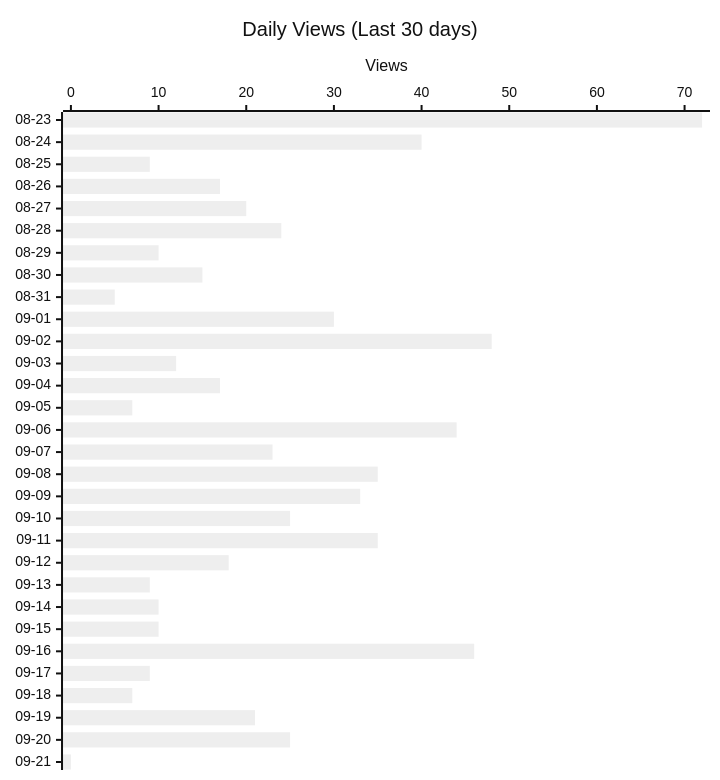
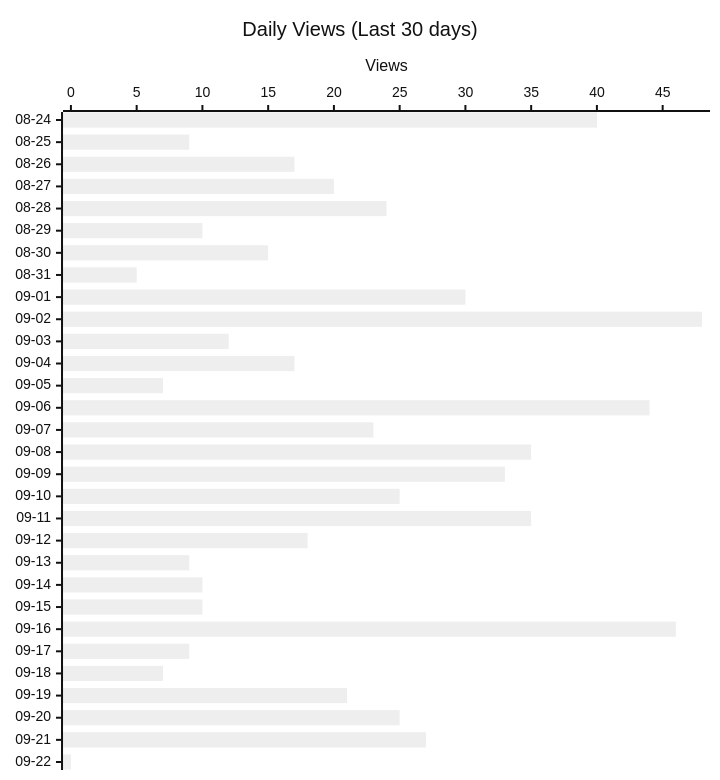
The second of 4 diagrams in README.md (shigechika/github-insights), drawn with Mermaid (neutral theme) before and after one commit. The commit also changed other lines of this file and 2 other files, not shown here.

````diff
--- a/README.md
+++ b/README.md
@@ -28,12 +28,12 @@
 ```mermaid
 ---
 config:
   xyChart:
     height: 760
 ---
 xychart-beta horizontal
     title "Daily Views (Last 30 days)"
-    x-axis ["08-23", "08-24", "08-25", "08-26", "08-27", "08-28", "08-29", "08-30", "08-31", "09-01", "09-02", "09-03", "09-04", "09-05", "09-06", "09-07", "09-08", "09-09", "09-10", "09-11", "09-12", "09-13", "09-14", "09-15", "09-16", "09-17", "09-18", "09-19", "09-20", "09-21"]
+    x-axis ["08-24", "08-25", "08-26", "08-27", "08-28", "08-29", "08-30", "08-31", "09-01", "09-02", "09-03", "09-04", "09-05", "09-06", "09-07", "09-08", "09-09", "09-10", "09-11", "09-12", "09-13", "09-14", "09-15", "09-16", "09-17", "09-18", "09-19", "09-20", "09-21", "09-22"]
     y-axis "Views"
-    bar [72, 40, 9, 17, 20, 24, 10, 15, 5, 30, 48, 12, 17, 7, 44, 23, 35, 33, 25, 35, 18, 9, 10, 10, 46, 9, 7, 21, 25, 0]
+    bar [40, 9, 17, 20, 24, 10, 15, 5, 30, 48, 12, 17, 7, 44, 23, 35, 33, 25, 35, 18, 9, 10, 10, 46, 9, 7, 21, 25, 27, 0]
 ```
````
